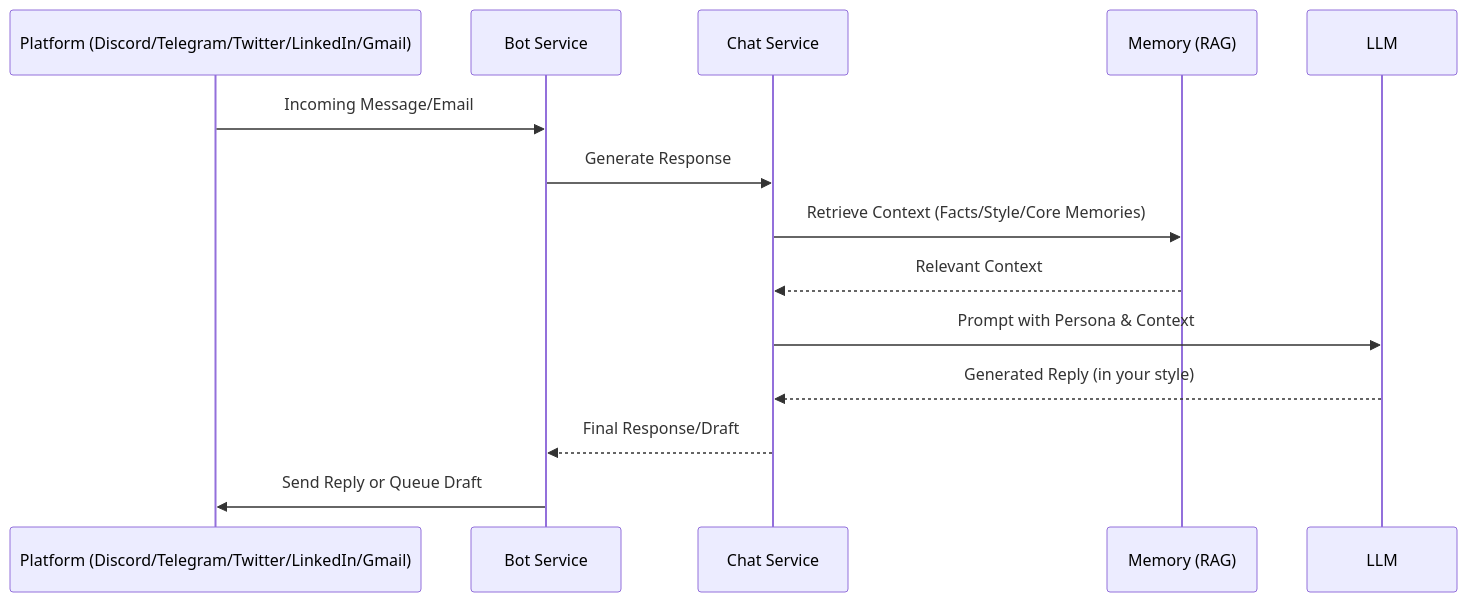
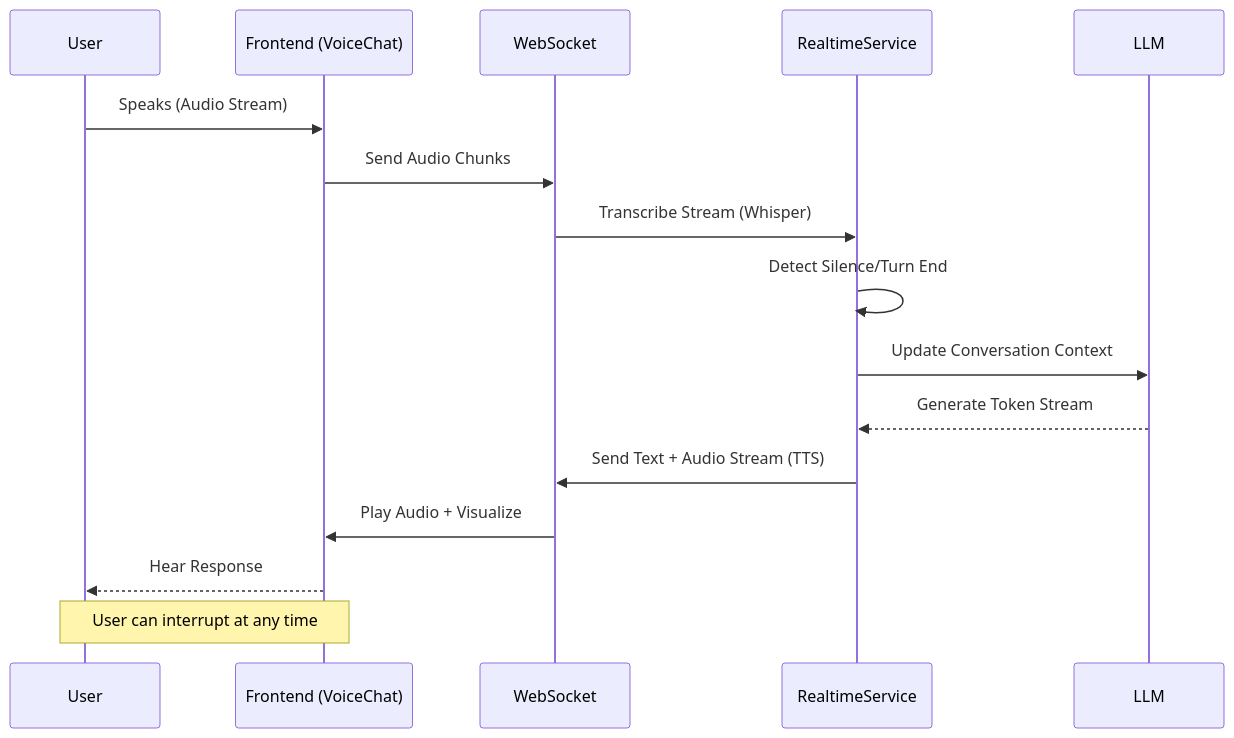
One commit to ChiragNSundar/Chirag-clone changed the second of 2 diagrams in README.md. Above: the diagram before and after it, drawn with Mermaid. The commit also changed other lines of this file and 9 other files, not shown here.

````diff
--- a/README.md
+++ b/README.md
@@ -191,17 +126,20 @@
 ```mermaid
 sequenceDiagram
-    participant P as Platform (Discord/Telegram/Twitter/LinkedIn/Gmail)
-    participant B as Bot Service
-    participant C as Chat Service
-    participant M as Memory (RAG)
+    participant U as User
+    participant F as Frontend (VoiceChat)
+    participant W as WebSocket
+    participant S as RealtimeService
     participant L as LLM
     
-    P->>B: Incoming Message/Email
-    B->>C: Generate Response
-    C->>M: Retrieve Context (Facts/Style/Core Memories)
-    M-->>C: Relevant Context
-    C->>L: Prompt with Persona & Context
-    L-->>C: Generated Reply (in your style)
-    C-->>B: Final Response/Draft
-    B->>P: Send Reply or Queue Draft
+    U->>F: Speaks (Audio Stream)
+    F->>W: Send Audio Chunks
+    W->>S: Transcribe Stream (Whisper)
+    S->>S: Detect Silence/Turn End
+    S->>L: Update Conversation Context
+    L-->>S: Generate Token Stream
+    S->>W: Send Text + Audio Stream (TTS)
+    W->>F: Play Audio + Visualize
+    F-->>U: Hear Response
+    
+    Note over U,F: User can interrupt at any time
 ```
````
